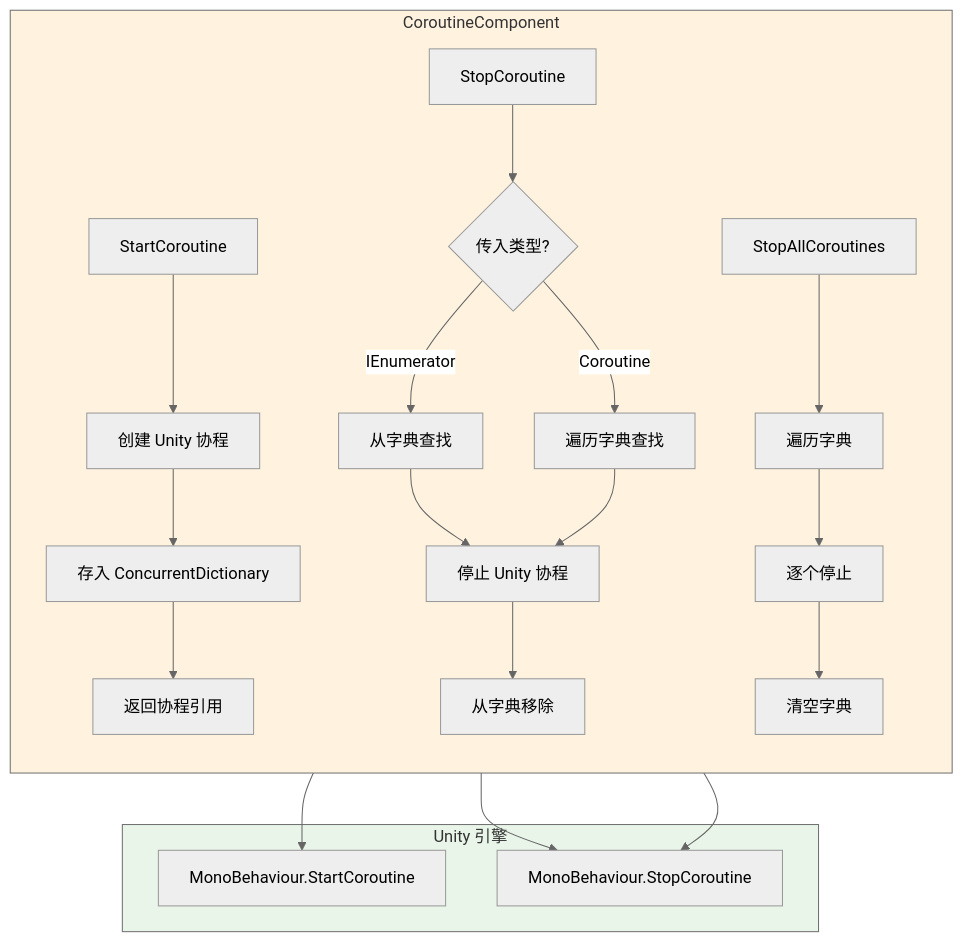
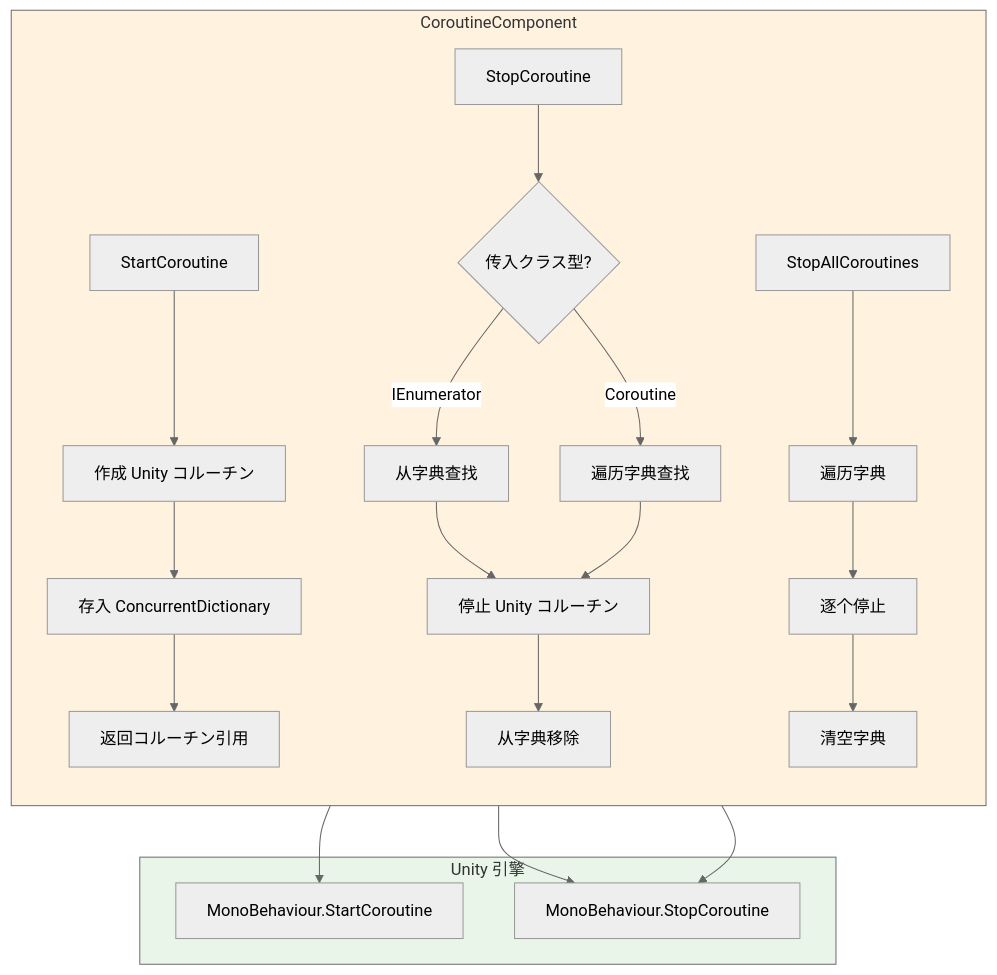
The second of 2 diagrams in docs/ja/client/unity/component/coroutine/05.usage.md (AlianBlank/GameFrameX.Docs), drawn with Mermaid (neutral theme) before and after one commit. The commit also changed other lines of this file and 603 other files, not shown here.

````diff
--- a/docs/ja/client/unity/component/coroutine/05.usage.md
+++ b/docs/ja/client/unity/component/coroutine/05.usage.md
@@ -277,32 +277,32 @@
 ```mermaid
 flowchart TB
     subgraph CoroutineComponent["CoroutineComponent"]
         direction TB
-        A[StartCoroutine] --> B[创建 Unity 协程]
+        A[StartCoroutine] --> B[作成 Unity コルーチン]
         B --> C[存入 ConcurrentDictionary]
-        C --> D[返回协程引用]
+        C --> D[返回コルーチン引用]
         
-        E[StopCoroutine] --> F{传入类型?}
+        E[StopCoroutine] --> F{传入クラス型?}
         F -->|IEnumerator| G[从字典查找]
         F -->|Coroutine| H[遍历字典查找]
-        G --> I[停止 Unity 协程]
+        G --> I[停止 Unity コルーチン]
         H --> I
         I --> J[从字典移除]
         
         K[StopAllCoroutines] --> L[遍历字典]
         L --> M[逐个停止]
         M --> N[清空字典]
     end
     
     subgraph UnityEngine["Unity 引擎"]
         P[MonoBehaviour.StartCoroutine]
         Q[MonoBehaviour.StopCoroutine]
     end
     
     D --> P
     I --> Q
     N --> Q
 
     style CoroutineComponent fill:#fff3e0
     style UnityEngine fill:#e8f5e8
 ```
````
